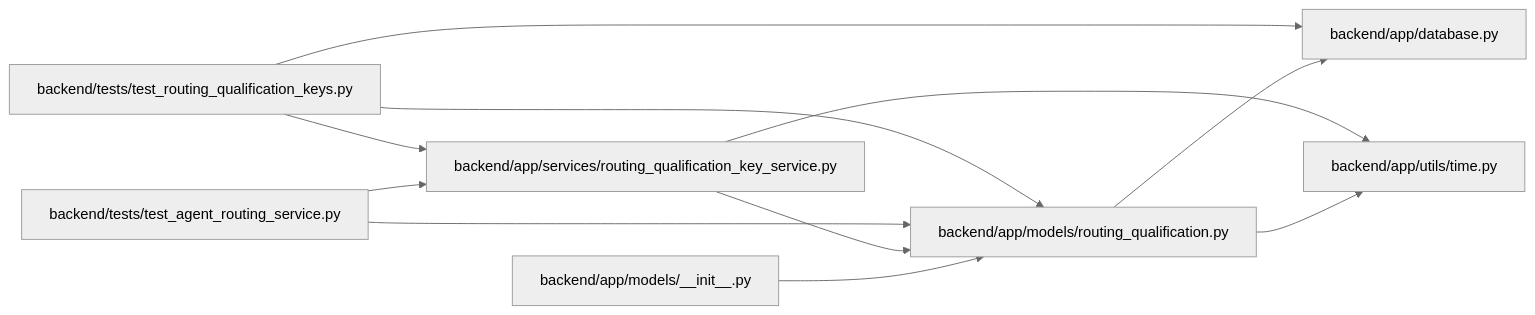
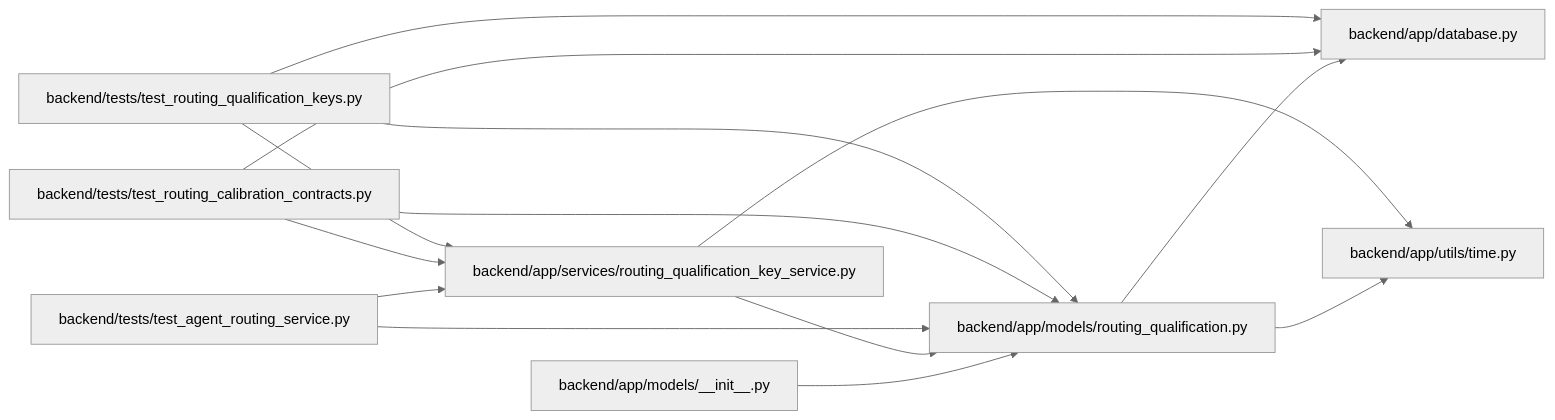
One commit to Denissvgn/WorkChord changed the diagram in docs/llm_wiki/modules/models_routing_qualification.md. Above: the diagram before and after it, drawn with Mermaid (neutral theme). The commit also changed other lines of this file and 836 other files, not shown here.

Commit message:
Sync the architectural wiki for the calibration contract

````diff
--- a/docs/llm_wiki/modules/models_routing_qualification.md
+++ b/docs/llm_wiki/modules/models_routing_qualification.md
@@ -23,27 +23,32 @@
 ```mermaid
 flowchart LR
     n0["backend/app/database.py"]
     n1["backend/app/models/__init__.py"]
     n2["backend/app/models/routing_qualification.py"]
     n3["backend/app/services/routing_qualification_key_service.py"]
     n4["backend/app/utils/time.py"]
     n5["backend/tests/test_agent_routing_service.py"]
-    n6["backend/tests/test_routing_qualification_keys.py"]
+    n6["backend/tests/test_routing_calibration_contracts.py"]
+    n7["backend/tests/test_routing_qualification_keys.py"]
     n1 --> n2
     n2 --> n0
     n2 --> n4
     n3 --> n2
     n3 --> n4
     n5 --> n2
     n5 --> n3
     n6 --> n0
     n6 --> n2
     n6 --> n3
+    n7 --> n0
+    n7 --> n2
+    n7 --> n3
     click n0 "../modules/app_database.md"
     click n1 "../modules/models___init__.md"
     click n2 "../modules/models_routing_qualification.md"
     click n3 "../modules/routing_qualification_key_service.md"
     click n4 "../modules/time.md"
     click n5 "../modules/test_agent_routing_service.md"
-    click n6 "../modules/test_routing_qualification_keys.md"
+    click n6 "../modules/test_routing_calibration_contracts.md"
+    click n7 "../modules/test_routing_qualification_keys.md"
 ```
````
